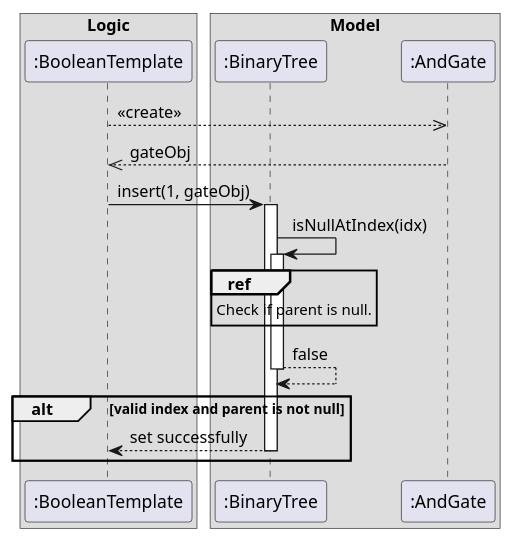
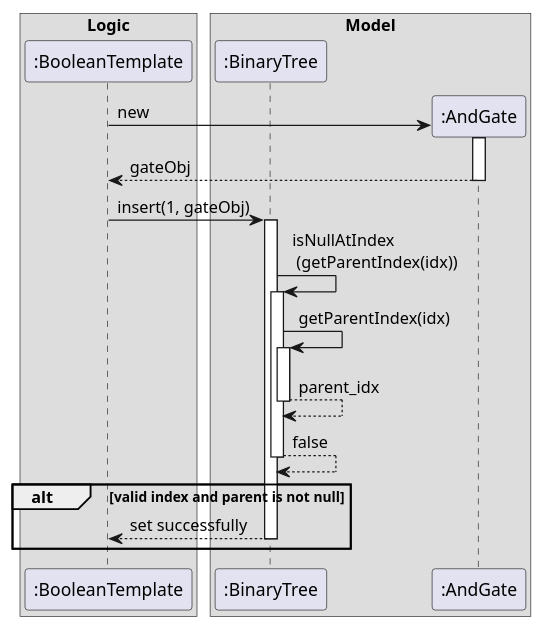
The diagram in docs/diagrams/BinaryTreeInsertSequenceDiagram.puml (sevenseasofbri/tp), drawn with PlantUML before and after one commit. The commit also changed 3 other files, not shown here.

Commit message:
update diagrams based on reviews

```diff
--- a/docs/diagrams/BinaryTreeInsertSequenceDiagram.puml
+++ b/docs/diagrams/BinaryTreeInsertSequenceDiagram.puml
@@ -1,23 +1,23 @@
 @startuml
 box Logic
 participant ":BooleanTemplate" as BooleanTemplate
 end box
 
 box Model
 participant ":BinaryTree" as BinaryTree
 participant ":AndGate" as AndGate
 end box
 autoactivate on
-BooleanTemplate -->>AndGate: <<create>>
+create AndGate
+BooleanTemplate -> AndGate: new
 return gateObj
 
 BooleanTemplate -> BinaryTree : insert(1, gateObj)
-BinaryTree -> BinaryTree : isNullAtIndex(idx)
-ref over BinaryTree
-Check if parent is null.
-end
+BinaryTree -> BinaryTree : isNullAtIndex \n (getParentIndex(idx))
+BinaryTree -> BinaryTree : getParentIndex(idx)
+return parent_idx
 return false
 alt valid index and parent is not null
 return set successfully
 end
 @enduml
```
